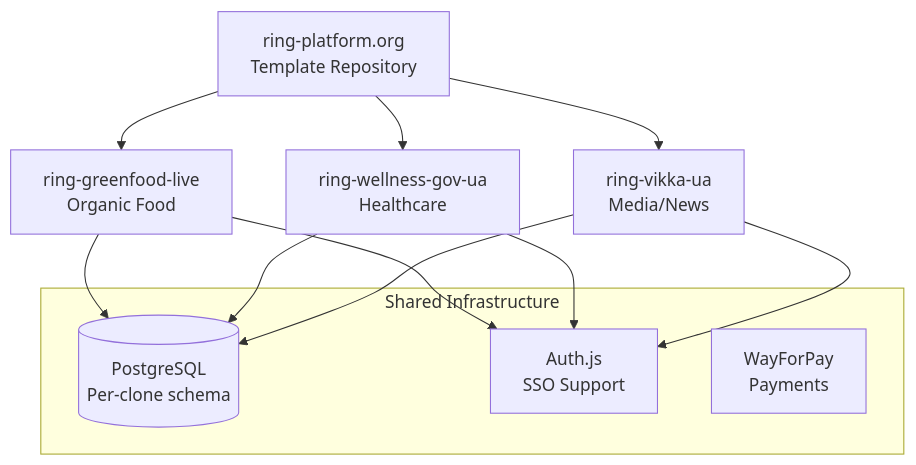
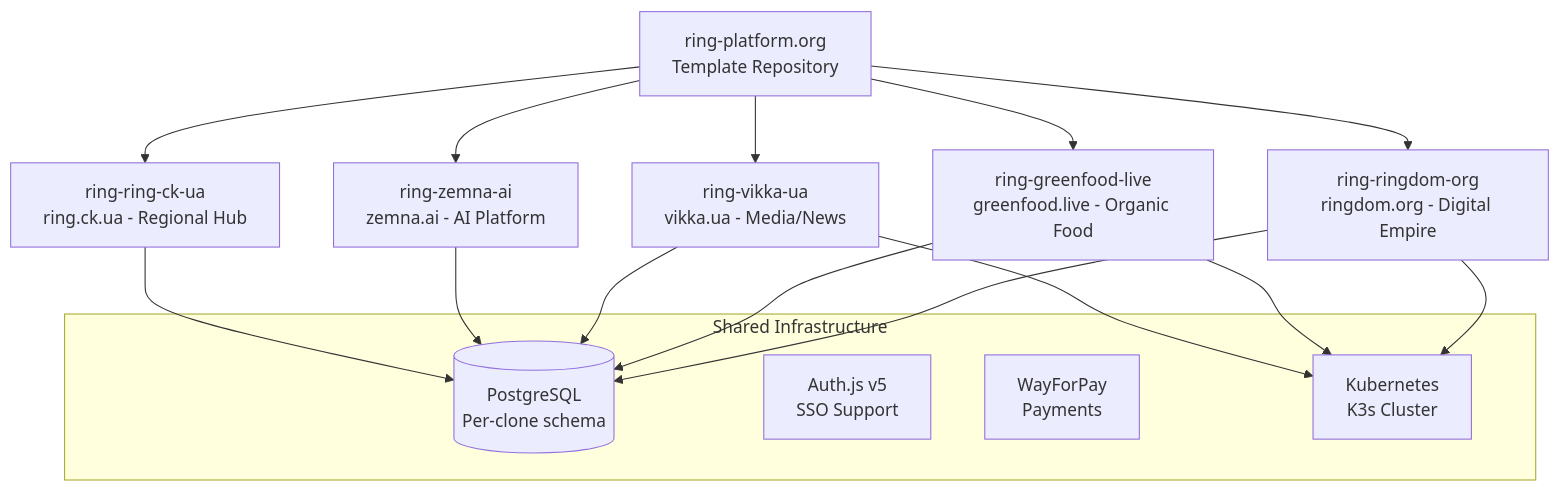
Before and after one commit to connectplatform/ring: the seventh of 10 diagrams in README.md, drawn with Mermaid. The commit also changed other lines of this file and 2 other files, not shown here.

Commit message:
v 1.50. - Support for Next.js 16, highlighting new features such as Turbopack and async params. - ROADMAP.md reflect the latest achievements and current status as of February 8, 2026.

````diff
--- a/README.md
+++ b/README.md
@@ -547,22 +599,27 @@
 ```mermaid
 flowchart TB
     TEMPLATE[ring-platform.org<br/>Template Repository]
     
-    TEMPLATE --> GF[ring-greenfood-live<br/>Organic Food]
-    TEMPLATE --> WG[ring-wellness-gov-ua<br/>Healthcare]
-    TEMPLATE --> VK[ring-vikka-ua<br/>Media/News]
+    TEMPLATE --> RD[ring-ringdom-org<br/>ringdom.org - Digital Empire]
+    TEMPLATE --> GF[ring-greenfood-live<br/>greenfood.live - Organic Food]
+    TEMPLATE --> VK[ring-vikka-ua<br/>vikka.ua - Media/News]
+    TEMPLATE --> ZA[ring-zemna-ai<br/>zemna.ai - AI Platform]
+    TEMPLATE --> CK[ring-ring-ck-ua<br/>ring.ck.ua - Regional Hub]
     
     subgraph Shared["Shared Infrastructure"]
         DB[(PostgreSQL<br/>Per-clone schema)]
-        AUTH[Auth.js<br/>SSO Support]
+        AUTH[Auth.js v5<br/>SSO Support]
         PAY[WayForPay<br/>Payments]
+        K8S[Kubernetes<br/>K3s Cluster]
     end
     
+    RD --> DB
     GF --> DB
-    WG --> DB
     VK --> DB
+    ZA --> DB
+    CK --> DB
     
-    GF --> AUTH
-    WG --> AUTH
-    VK --> AUTH
+    RD --> K8S
+    GF --> K8S
+    VK --> K8S
 ```
````
